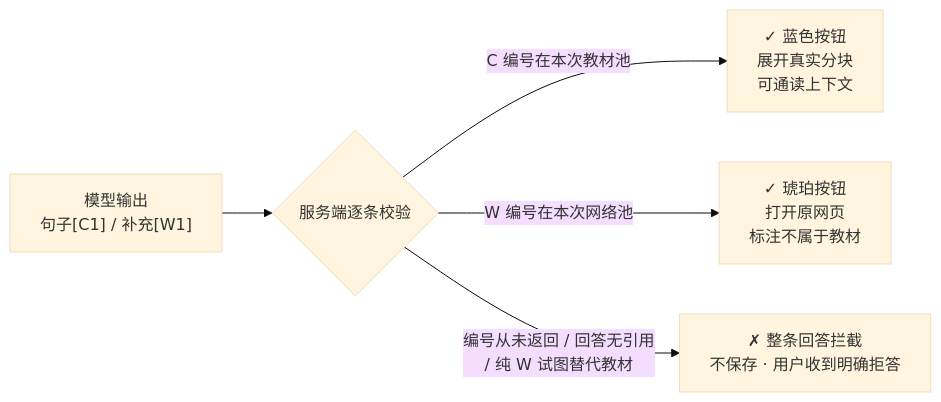
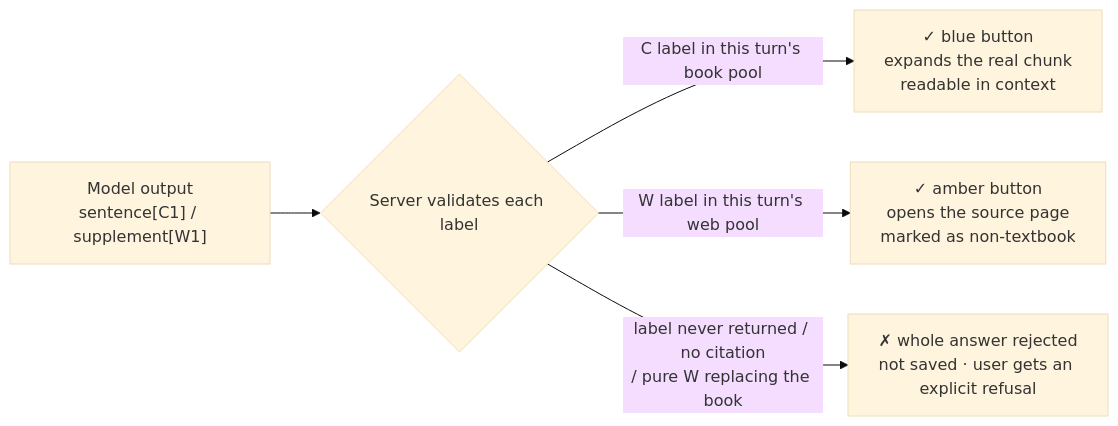
Before and after one commit to Zafer-Liu/book-learning: the fourth of 4 diagrams in README.md, drawn with Mermaid (base theme). The commit also changed other lines of this file and 2 other files, not shown here.

````diff
--- a/README.md
+++ b/README.md
@@ -101,7 +103,7 @@
 ```mermaid
 flowchart LR
-    M["模型输出<br/>句子[C1] / 补充[W1]"] --> V{"服务端逐条校验"}
-    V -->|"C 编号在本次教材池"| OK1["✓ 蓝色按钮<br/>展开真实分块<br/>可通读上下文"]
-    V -->|"W 编号在本次网络池"| OK2["✓ 琥珀按钮<br/>打开原网页<br/>标注不属于教材"]
-    V -->|"编号从未返回 / 回答无引用<br/>/ 纯 W 试图替代教材"| X["✗ 整条回答拦截<br/>不保存 · 用户收到明确拒答"]
+    M["Model output<br/>sentence[C1] / supplement[W1]"] --> V{"Server validates each label"}
+    V -->|"C label in this turn's book pool"| OK1["✓ blue button<br/>expands the real chunk<br/>readable in context"]
+    V -->|"W label in this turn's web pool"| OK2["✓ amber button<br/>opens the source page<br/>marked as non-textbook"]
+    V -->|"label never returned / no citation<br/>/ pure W replacing the book"| X["✗ whole answer rejected<br/>not saved · user gets an explicit refusal"]
 ```
````
